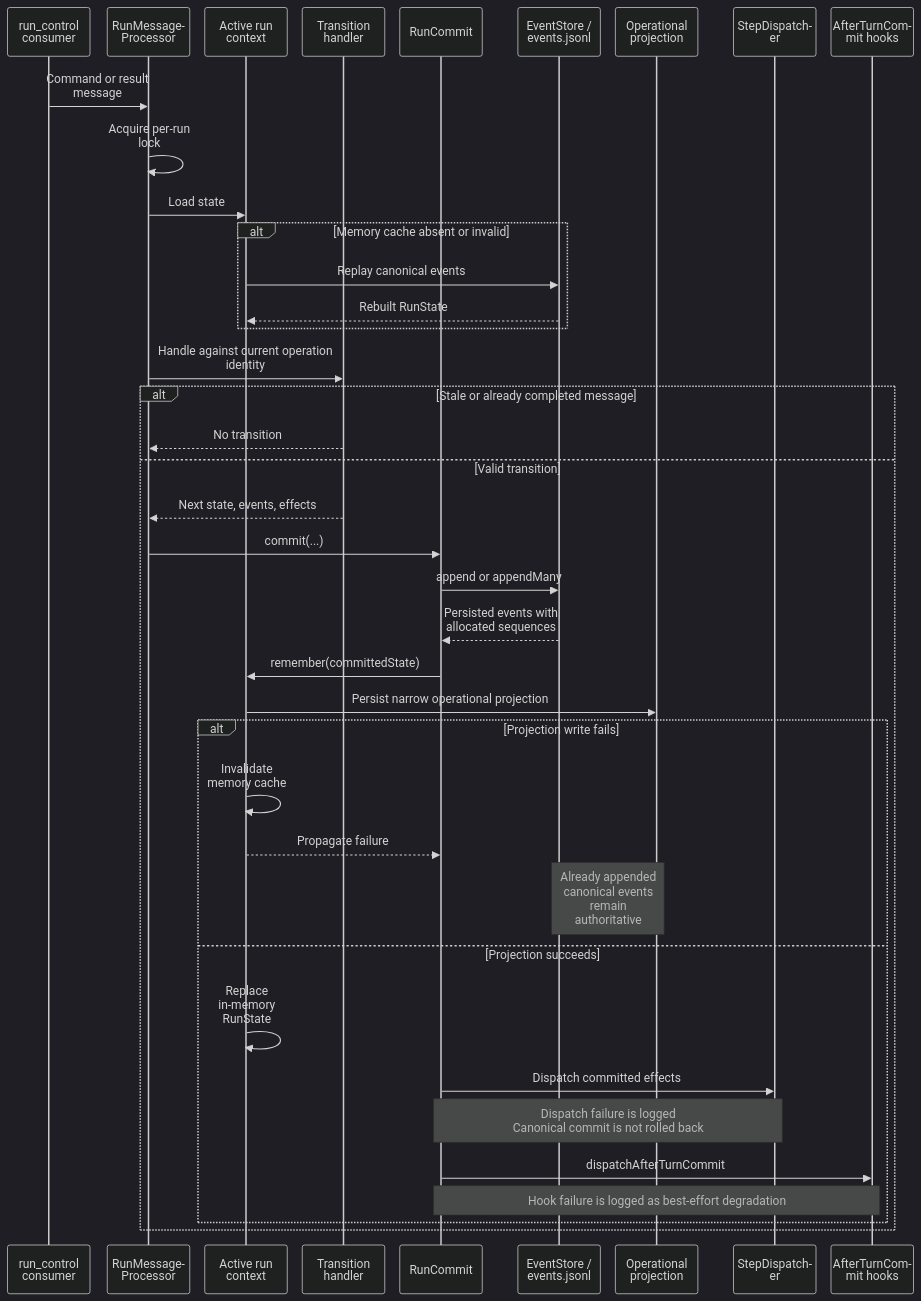
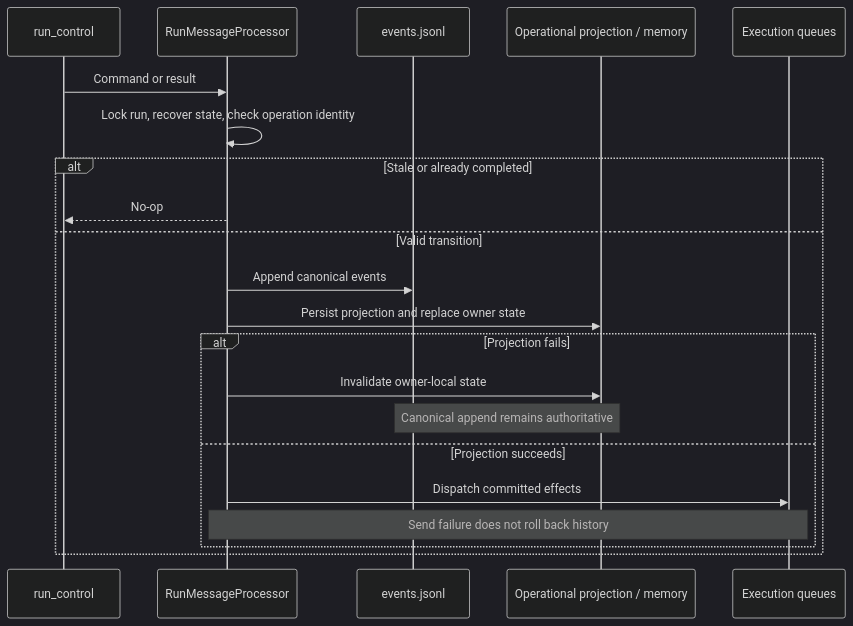
One commit to ineersa/agent-core changed the first of 2 diagrams in architecture/state-and-recovery.md. Above: the diagram before and after it, drawn with Mermaid (dark theme). The commit also changed other lines of this file and 43 other files, not shown here.

Commit message:
Refresh operational guides and runtime architecture documentation

````diff
--- a/architecture/state-and-recovery.md
+++ b/architecture/state-and-recovery.md
@@ -10,43 +11,23 @@
 ```mermaid
-%%{init: {"sequence": {"wrap": true, "width": 110, "actorMargin": 20, "diagramMarginX": 10, "messageMargin": 30}}}%%
 sequenceDiagram
-    participant RC as run_control consumer
+    participant Owner as run_control
     participant Processor as RunMessageProcessor
-    participant Context as Active run context
-    participant Handler as Transition handler
-    participant Commit as RunCommit
-    participant Events as EventStore / events.jsonl
-    participant DB as Operational projection
-    participant Effects as StepDispatcher
-    participant Hooks as AfterTurnCommit hooks
-
-    RC->>Processor: Command or result message
-    Processor->>Processor: Acquire per-run lock
-    Processor->>Context: Load state
-    alt Memory cache absent or invalid
-        Context->>Events: Replay canonical events
-        Events-->>Context: Rebuilt RunState
-    end
-    Processor->>Handler: Handle against current operation identity
-    alt Stale or already completed message
-        Handler-->>Processor: No transition
+    participant Log as events.jsonl
+    participant Projection as Operational projection / memory
+    participant Queue as Execution queues
+    Owner->>Processor: Command or result
+    Processor->>Processor: Lock run, recover state, check operation identity
+    alt Stale or already completed
+        Processor-->>Owner: No-op
     else Valid transition
-        Handler-->>Processor: Next state, events, effects
-        Processor->>Commit: commit(...)
-        Commit->>Events: append or appendMany
-        Events-->>Commit: Persisted events with allocated sequences
-        Commit->>Context: remember(committedState)
-        Context->>DB: Persist narrow operational projection
-        alt Projection write fails
-            Context->>Context: Invalidate memory cache
-            Context-->>Commit: Propagate failure
-            Note over Events,DB: Already appended canonical events remain authoritative
+        Processor->>Log: Append canonical events
+        Processor->>Projection: Persist projection and replace owner state
+        alt Projection fails
+            Processor->>Projection: Invalidate owner-local state
+            Note over Log,Projection: Canonical append remains authoritative
         else Projection succeeds
-            Context->>Context: Replace in-memory RunState
-            Commit->>Effects: Dispatch committed effects
-            Note over Commit,Effects: Dispatch failure is logged<br/>Canonical commit is not rolled back
-            Commit->>Hooks: dispatchAfterTurnCommit
-            Note over Commit,Hooks: Hook failure is logged as best-effort degradation
+            Processor->>Queue: Dispatch committed effects
+            Note over Processor,Queue: Send failure does not roll back history
         end
     end
 ```
````
